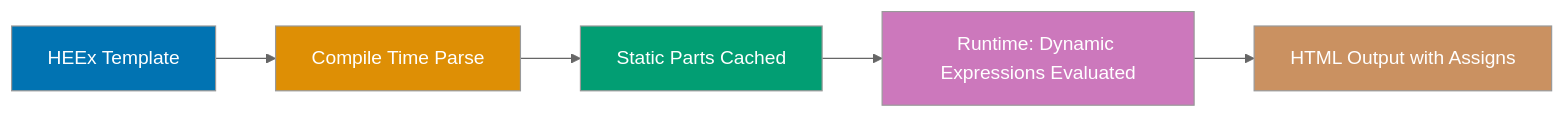
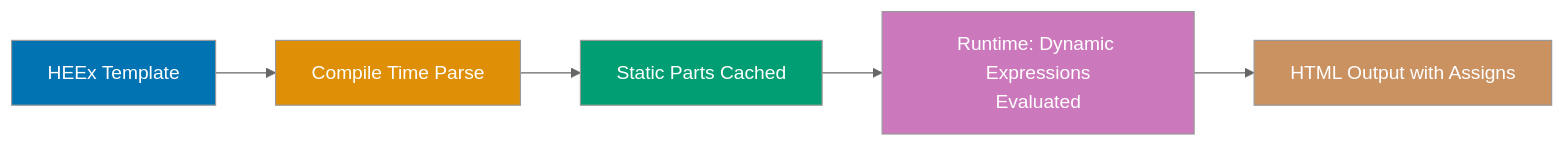
One commit to wahidyankf/baseerah changed the fifth of 7 diagrams in apps/ayokoding-web/content/en/learn/software-engineering/platforms/web/tools/elixir-phoenix-liveview/by-example/beginner.md. Above: the diagram before and after it, drawn with Mermaid (neutral theme). The commit also changed 17 other files, not shown here.

First line of the commit message:
fix(ci): scope pre-push mermaid check to governance + docs dirs

````diff
--- a/apps/ayokoding-web/content/en/learn/software-engineering/platforms/web/tools/elixir-phoenix-liveview/by-example/beginner.md
+++ b/apps/ayokoding-web/content/en/learn/software-engineering/platforms/web/tools/elixir-phoenix-liveview/by-example/beginner.md
@@ -848,14 +848,14 @@
 ```mermaid
 %% HEEx template rendering pipeline
 graph LR
     A[HEEx Template] --> B[Compile Time Parse]
     B --> C[Static Parts Cached]
-    C --> D[Runtime: Dynamic Expressions Evaluated]
+    C --> D[Runtime: Dynamic Expressions<br/>Evaluated]
     D --> E[HTML Output with Assigns]
 
     style A fill:#0173B2,color:#fff
     style B fill:#DE8F05,color:#fff
     style C fill:#029E73,color:#fff
     style D fill:#CC78BC,color:#fff
     style E fill:#CA9161,color:#fff
 ```
````
